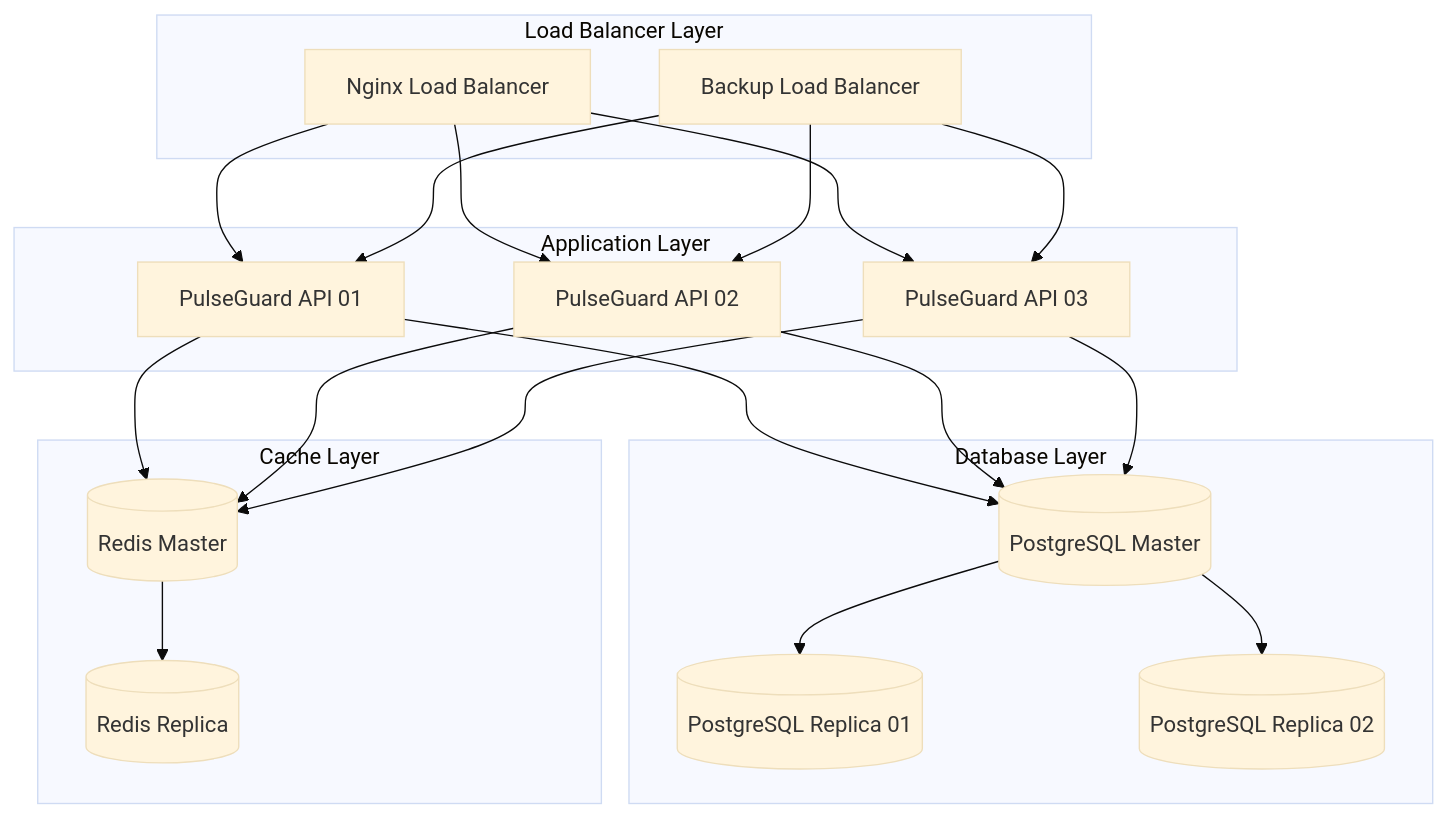
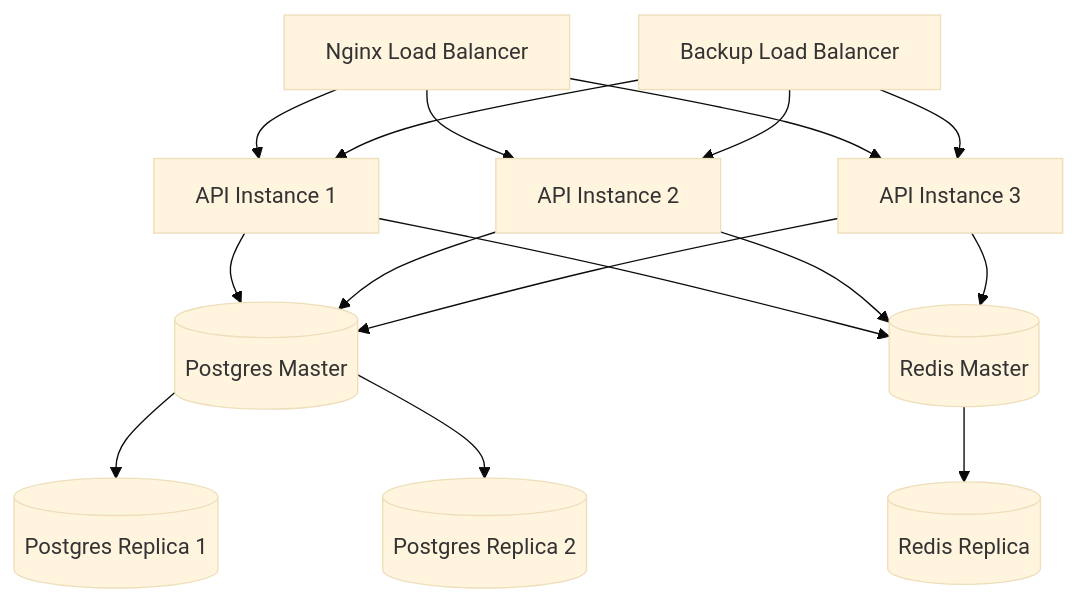
The sixth of 9 diagrams in docs/PULSEGUARD_COMPREHENSIVE_DOCUMENTATION.md (ShanKonduru/agent_monitor), drawn with Mermaid (base theme) before and after one commit. The commit also changed other lines of this file and 9338 other files, not shown here.

````diff
--- a/docs/PULSEGUARD_COMPREHENSIVE_DOCUMENTATION.md
+++ b/docs/PULSEGUARD_COMPREHENSIVE_DOCUMENTATION.md
@@ -461,44 +459,33 @@
 ```mermaid
 graph TB
-    subgraph LoadBalancerLayer [Load Balancer Layer]
-        LB[Nginx Load Balancer]
-        LB2[Backup Load Balancer]
-    end
-    
-    subgraph ApplicationLayer [Application Layer]
-        API1[PulseGuard API 01]
-        API2[PulseGuard API 02]
-        API3[PulseGuard API 03]
-    end
-    
-    subgraph DatabaseLayer [Database Layer]
-        MASTER[(PostgreSQL Master)]
-        REPLICA1[(PostgreSQL Replica 01)]
-        REPLICA2[(PostgreSQL Replica 02)]
-    end
-    
-    subgraph CacheLayer [Cache Layer]
-        REDIS1[(Redis Master)]
-        REDIS2[(Redis Replica)]
-    end
-    
-    LB --> API1
-    LB --> API2
-    LB --> API3
-    LB2 --> API1
-    LB2 --> API2
-    LB2 --> API3
-    
-    API1 --> MASTER
-    API2 --> MASTER
-    API3 --> MASTER
-    
-    MASTER --> REPLICA1
-    MASTER --> REPLICA2
-    
-    API1 --> REDIS1
-    API2 --> REDIS1
-    API3 --> REDIS1
-    
-    REDIS1 --> REDIS2
+  LB[Nginx Load Balancer]
+  LB2[Backup Load Balancer]
+  API1[API Instance 1]
+  API2[API Instance 2]
+  API3[API Instance 3]
+  MASTER[(Postgres Master)]
+  REPLICA1[(Postgres Replica 1)]
+  REPLICA2[(Postgres Replica 2)]
+  REDIS1[(Redis Master)]
+  REDIS2[(Redis Replica)]
+
+  LB --> API1
+  LB --> API2
+  LB --> API3
+  LB2 --> API1
+  LB2 --> API2
+  LB2 --> API3
+
+  API1 --> MASTER
+  API2 --> MASTER
+  API3 --> MASTER
+
+  MASTER --> REPLICA1
+  MASTER --> REPLICA2
+
+  API1 --> REDIS1
+  API2 --> REDIS1
+  API3 --> REDIS1
+
+  REDIS1 --> REDIS2
 ```
````
